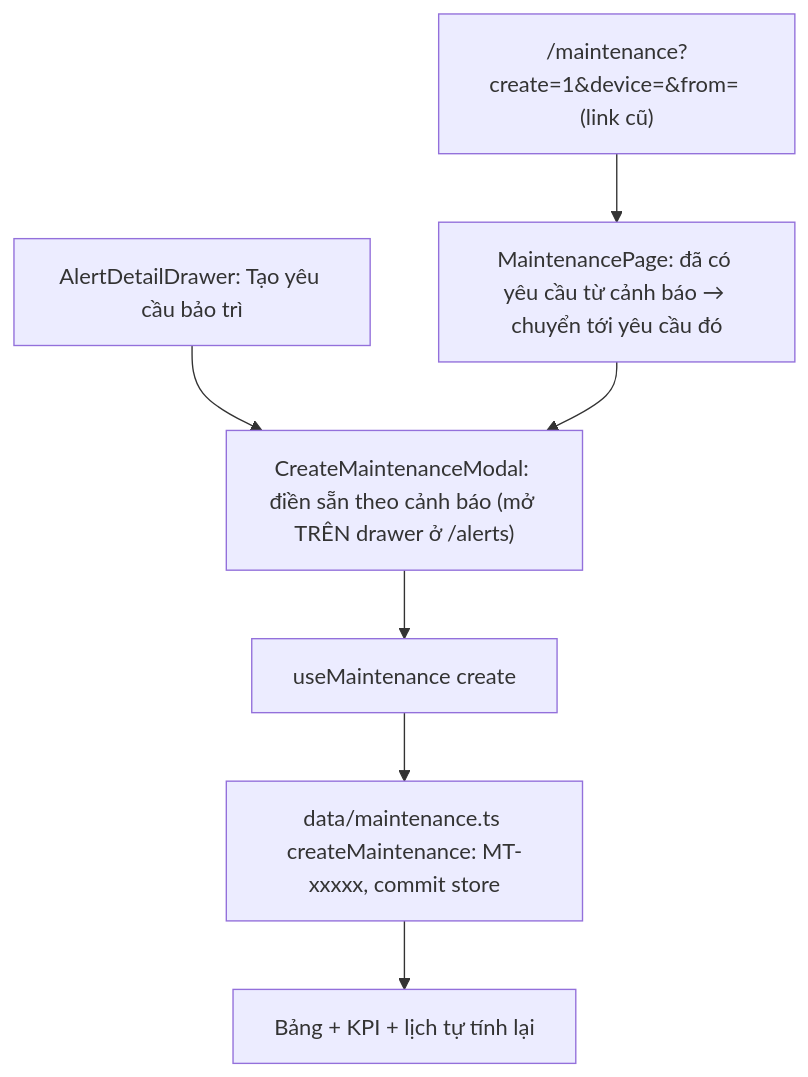
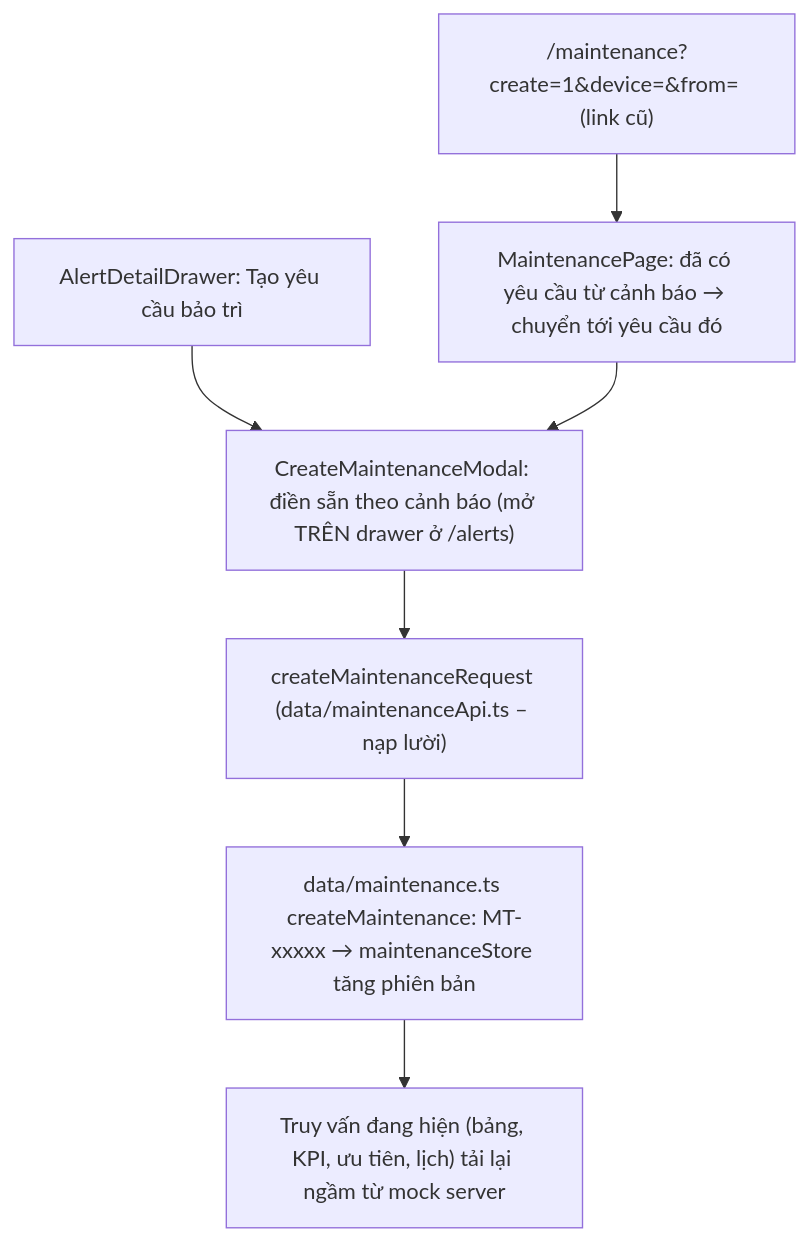
The diagram in docs/guide/maintenance.md (tuanpq-dev/demo-lpg), drawn with Mermaid before and after one commit. The commit also changed other lines of this file and 85 other files, not shown here.

````diff
--- a/docs/guide/maintenance.md
+++ b/docs/guide/maintenance.md
@@ -9,9 +9,9 @@
 ```mermaid
 flowchart TD
   A["AlertDetailDrawer: Tạo yêu cầu bảo trì"] --> D
   B["/maintenance?create=1&device=&from= (link cũ)"] --> C["MaintenancePage: đã có yêu cầu từ cảnh báo → chuyển tới yêu cầu đó"]
   C --> D["CreateMaintenanceModal: điền sẵn theo cảnh báo (mở TRÊN drawer ở /alerts)"]
-  D --> E["useMaintenance create"]
-  E --> F["data/maintenance.ts createMaintenance: MT-xxxxx, commit store"]
-  F --> G["Bảng + KPI + lịch tự tính lại"]
+  D --> E["createMaintenanceRequest (data/maintenanceApi.ts – nạp lười)"]
+  E --> F["data/maintenance.ts createMaintenance: MT-xxxxx → maintenanceStore tăng phiên bản"]
+  F --> G["Truy vấn đang hiện (bảng, KPI, ưu tiên, lịch) tải lại ngầm từ mock server"]
 ```
````
